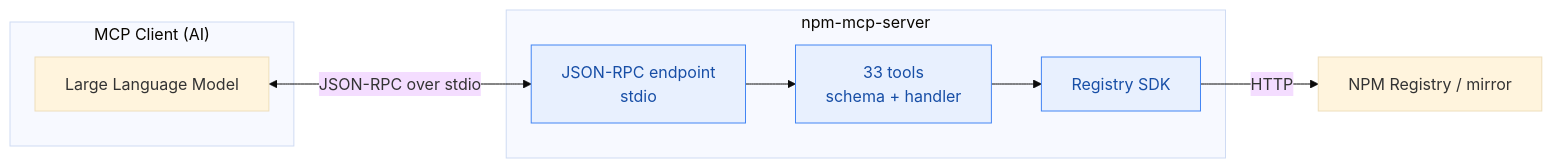
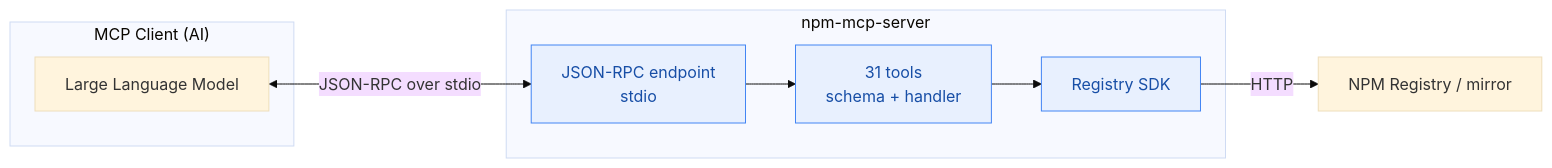
The first of 3 diagrams in website/en/mcp-server.md (scagogogo/npm-skills), drawn with Mermaid (base theme) before and after one commit. The commit also changed other lines of this file and 6 other files, not shown here.

````diff
--- a/website/en/mcp-server.md
+++ b/website/en/mcp-server.md
@@ -9,20 +9,20 @@
 ```mermaid
 flowchart LR
     subgraph Client["MCP Client (AI)"]
         LLM["Large Language Model"]
     end
     subgraph Server["npm-mcp-server"]
         RPC["JSON-RPC endpoint<br/>stdio"]
-        Tools["33 tools<br/>schema + handler"]
+        Tools["31 tools<br/>schema + handler"]
         SDK["Registry SDK"]
     end
     N["NPM Registry / mirror"]
 
     LLM <-->|"JSON-RPC over stdio"| RPC
     RPC --> Tools
     Tools --> SDK
     SDK -->|HTTP| N
 
     classDef srv fill:#e8f0fe,stroke:#4285f4,color:#174ea6;
     class RPC,Tools,SDK srv;
 ```
````
